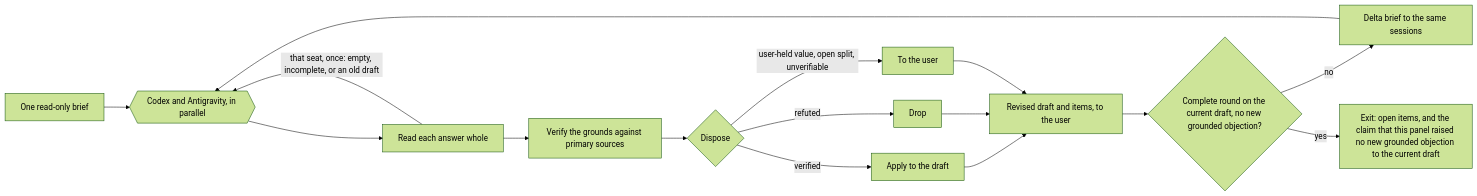
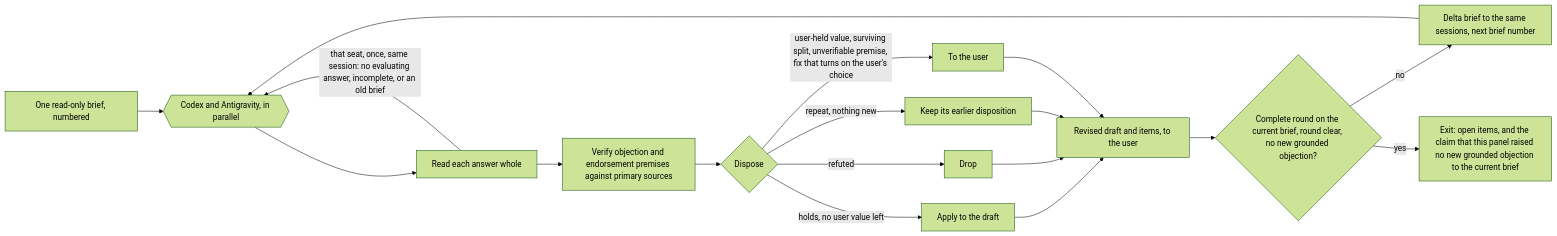
One commit to jongwony/cc-plugin changed the diagram in delphi/README.md. Above: the diagram before and after it, drawn with Mermaid (forest theme). The commit also changed other lines of this file and 3 other files, not shown here.

````diff
--- a/delphi/README.md
+++ b/delphi/README.md
@@ -9,17 +9,19 @@
 ```mermaid
 flowchart LR
-  B[One read-only brief] --> P{{Codex and Antigravity, in parallel}}
+  B[One read-only brief, numbered] --> P{{Codex and Antigravity, in parallel}}
   P --> R[Read each answer whole]
-  R -->|that seat, once: empty, incomplete, or an old draft| P
-  R --> V[Verify the grounds against primary sources]
+  R -->|that seat, once, same session: no evaluating answer, incomplete, or an old brief| P
+  R --> V[Verify objection and endorsement premises against primary sources]
   V --> D{Dispose}
-  D -->|verified| A[Apply to the draft]
+  D -->|holds, no user value left| A[Apply to the draft]
   D -->|refuted| X[Drop]
-  D -->|user-held value, open split, unverifiable| U[To the user]
+  D -->|repeat, nothing new| K[Keep its earlier disposition]
+  D -->|user-held value, surviving split, unverifiable premise, fix that turns on the user's choice| U[To the user]
   A --> H[Revised draft and items, to the user]
   X --> H
+  K --> H
   U --> H
-  H --> S{Complete round on the current draft, no new grounded objection?}
-  S -->|no| Q[Delta brief to the same sessions] --> P
-  S -->|yes| E[Exit: open items, and the claim that this panel raised no new grounded objection to the current draft]
+  H --> S{Complete round on the current brief, round clear, no new grounded objection?}
+  S -->|no| Q[Delta brief to the same sessions, next brief number] --> P
+  S -->|yes| E[Exit: open items, and the claim that this panel raised no new grounded objection to the current brief]
 ```
````
